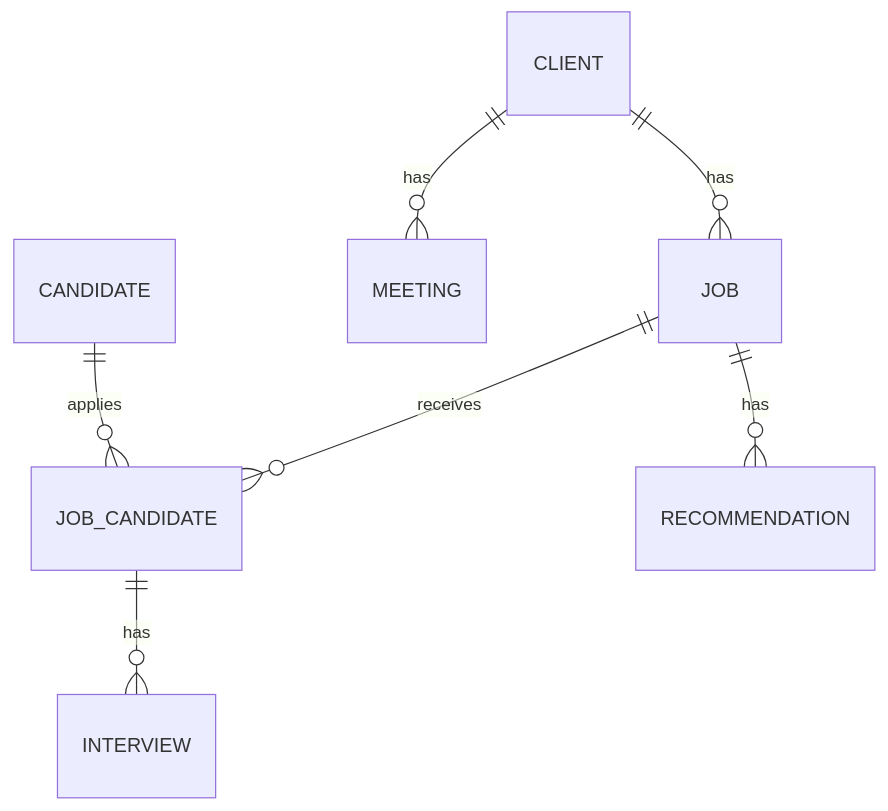
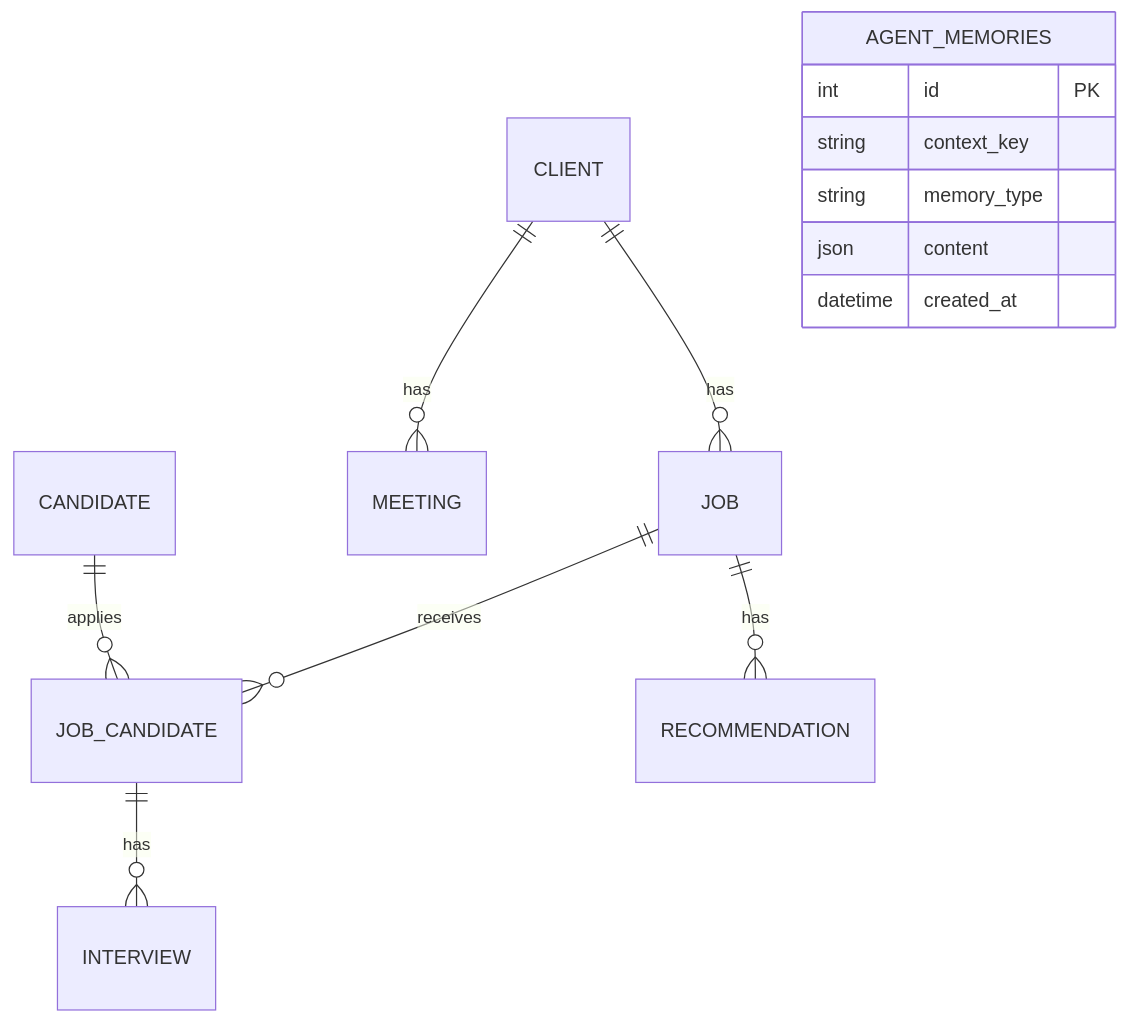
One commit to Sampath3763/TalentFlow-AI changed the third of 3 diagrams in docs/architecture.md. Above: the diagram before and after it, drawn with Mermaid. The commit also changed other lines of this file and 5 other files, not shown here.

````diff
--- a/docs/architecture.md
+++ b/docs/architecture.md
@@ -47,9 +102,16 @@
 ```mermaid
 erDiagram
     CLIENT ||--o{ JOB : has
     CLIENT ||--o{ MEETING : has
     JOB ||--o{ JOB_CANDIDATE : receives
     JOB ||--o{ RECOMMENDATION : has
     CANDIDATE ||--o{ JOB_CANDIDATE : applies
     JOB_CANDIDATE ||--o{ INTERVIEW : has
+    AGENT_MEMORIES {
+        int id PK
+        string context_key
+        string memory_type
+        json content
+        datetime created_at
+    }
 ```
````
